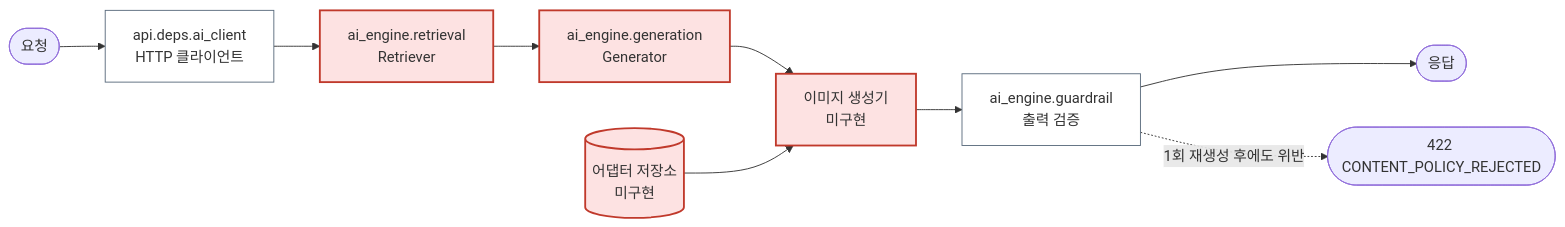
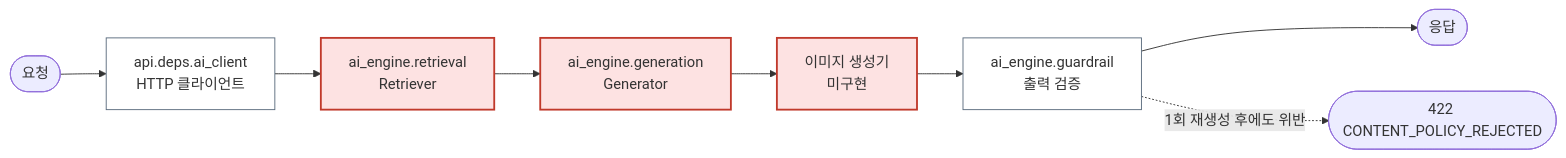
Before and after one commit to Codeit-AI10-Part4-3Team/AI10-Part4-3Team-Advanced-Project: the third of 3 diagrams in docs/공통_가이드/아키텍처.md, drawn with Mermaid. The commit also changed other lines of this file and 14 other files, not shown here.

````diff
--- a/docs/공통_가이드/아키텍처.md
+++ b/docs/공통_가이드/아키텍처.md
@@ -128,16 +133,15 @@
 ```mermaid
 flowchart LR
     REQ(["요청"]) --> CLIENT["api.deps.ai_client<br/>HTTP 클라이언트"]
     CLIENT --> RETR["ai_engine.retrieval<br/>Retriever"]
     RETR --> GEN["ai_engine.generation<br/>Generator"]
     GEN --> IMG["이미지 생성기<br/>미구현"]
     IMG --> GUARD["ai_engine.guardrail<br/>출력 검증"]
     GUARD --> OK(["응답"])
     GUARD -. "1회 재생성 후에도 위반" .-> REJ(["422 CONTENT_POLICY_REJECTED"])
-    ADAPT[("어댑터 저장소<br/>미구현")] --> IMG
 
     classDef stub fill:#fde2e2,stroke:#c0392b,stroke-width:2px
     classDef real fill:#ffffff,stroke:#5a6b7d
-    class RETR,GEN,IMG,ADAPT stub
+    class RETR,GEN,IMG stub
     class CLIENT,GUARD real
 ```
````
